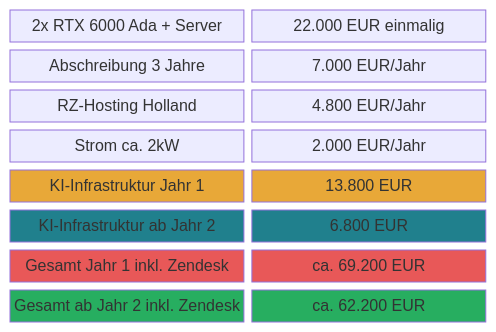
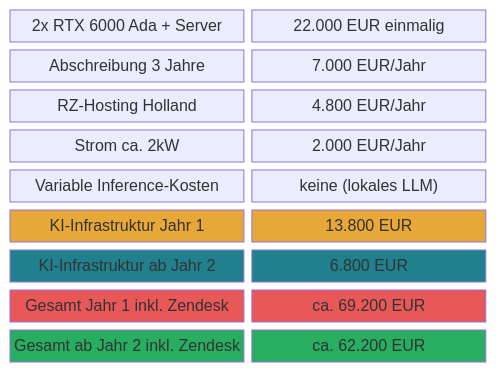
The tenth of 16 diagrams in readme.md (tekknix/zendesk-ai), drawn with Mermaid before and after one commit. The commit also changed other lines of this file, not shown here.

````diff
--- a/readme.md
+++ b/readme.md
@@ -322,21 +323,22 @@
 ```mermaid
 block-beta
     columns 2
     A["2x RTX 6000 Ada + Server"]:1 B["22.000 EUR einmalig"]:1
     C["Abschreibung 3 Jahre"]:1 D["7.000 EUR/Jahr"]:1
     E["RZ-Hosting Holland"]:1 F["4.800 EUR/Jahr"]:1
     G["Strom ca. 2kW"]:1 H["2.000 EUR/Jahr"]:1
-    I["KI-Infrastruktur Jahr 1"]:1 J["13.800 EUR"]:1
-    K["KI-Infrastruktur ab Jahr 2"]:1 L["6.800 EUR"]:1
-    M["Gesamt Jahr 1 inkl. Zendesk"]:1 N["ca. 69.200 EUR"]:1
-    O["Gesamt ab Jahr 2 inkl. Zendesk"]:1 P["ca. 62.200 EUR"]:1
+    I["Variable Inference-Kosten"]:1 J["keine (lokales LLM)"]:1
+    K["KI-Infrastruktur Jahr 1"]:1 L["13.800 EUR"]:1
+    M["KI-Infrastruktur ab Jahr 2"]:1 N["6.800 EUR"]:1
+    O["Gesamt Jahr 1 inkl. Zendesk"]:1 P["ca. 69.200 EUR"]:1
+    Q["Gesamt ab Jahr 2 inkl. Zendesk"]:1 R["ca. 62.200 EUR"]:1
 
-    style I fill:#E8A838,color:#333
-    style J fill:#E8A838,color:#333
-    style K fill:#20808D,color:#fff
-    style L fill:#20808D,color:#fff
-    style M fill:#E85858,color:#fff
-    style N fill:#E85858,color:#fff
-    style O fill:#27AE60,color:#fff
-    style P fill:#27AE60,color:#fff
+    style K fill:#E8A838,color:#333
+    style L fill:#E8A838,color:#333
+    style M fill:#20808D,color:#fff
+    style N fill:#20808D,color:#fff
+    style O fill:#E85858,color:#fff
+    style P fill:#E85858,color:#fff
+    style Q fill:#27AE60,color:#fff
+    style R fill:#27AE60,color:#fff
 ```
````
